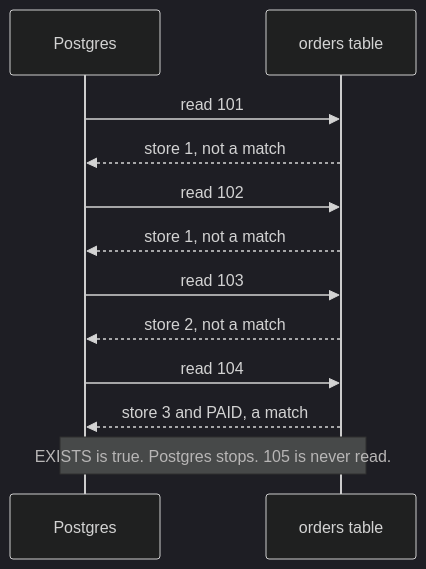
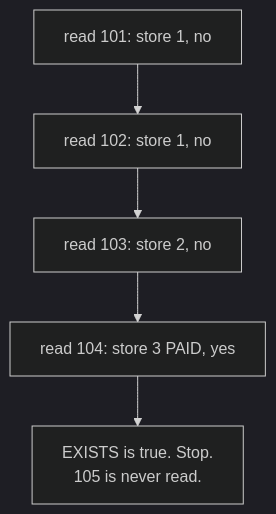
Before and after one commit to starjustice/research-material: the fourth of 6 diagrams in learn/database/04-subqueries-ctes-and-exists.md, drawn with Mermaid (dark theme). The commit also changed other lines of this file, not shown here.

Commit message:
Reshape Database lesson 04 (Subqueries, CTEs, EXISTS) into short cards with guess bars and blue More detail bars

````diff
--- a/learn/database/04-subqueries-ctes-and-exists.md
+++ b/learn/database/04-subqueries-ctes-and-exists.md
@@ -101,14 +238,7 @@
 ```mermaid
-sequenceDiagram
-    participant P as Postgres
-    participant T as orders table
-    P->>T: read 101
-    T-->>P: store 1, not a match
-    P->>T: read 102
-    T-->>P: store 1, not a match
-    P->>T: read 103
-    T-->>P: store 2, not a match
-    P->>T: read 104
-    T-->>P: store 3 and PAID, a match
-    Note over P,T: EXISTS is true. Postgres stops. 105 is never read.
+graph TB
+    A["read 101: store 1, no"] --> B["read 102: store 1, no"]
+    B --> C["read 103: store 2, no"]
+    C --> D["read 104: store 3 PAID, yes"]
+    D --> E["EXISTS is true. Stop.<br/>105 is never read."]
 ```
````
